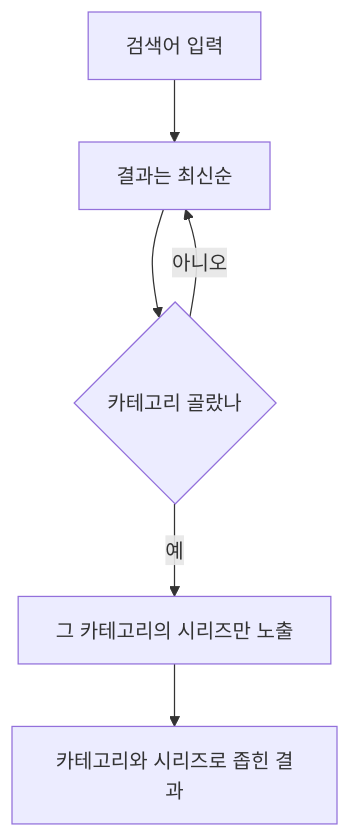
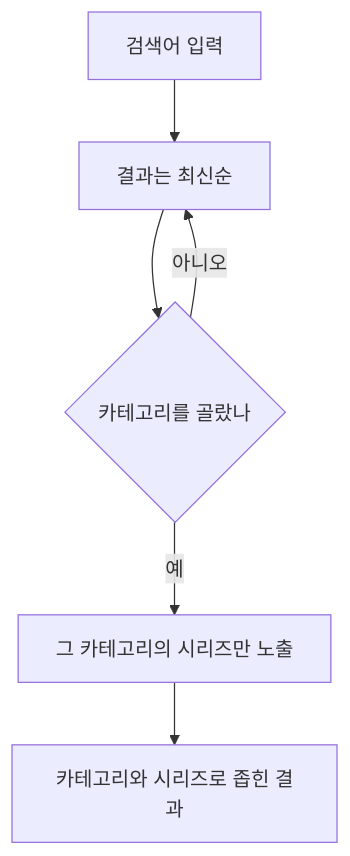
The first of 4 diagrams in src/content/posts/polish-round-15.md (RJ-Stony/injoy), drawn with Mermaid before and after one commit. The commit also changed other lines of this file and 1 other file, not shown here.

````diff
--- a/src/content/posts/polish-round-15.md
+++ b/src/content/posts/polish-round-15.md
@@ -36,8 +37,8 @@
 ```mermaid
 flowchart TD
   Q[검색어 입력] --> R[결과는 최신순]
-  R --> CAT{카테고리 골랐나}
+  R --> CAT{카테고리를 골랐나}
   CAT -->|아니오| R
   CAT -->|예| SER[그 카테고리의 시리즈만 노출]
   SER --> F[카테고리와 시리즈로 좁힌 결과]
 ```
````
